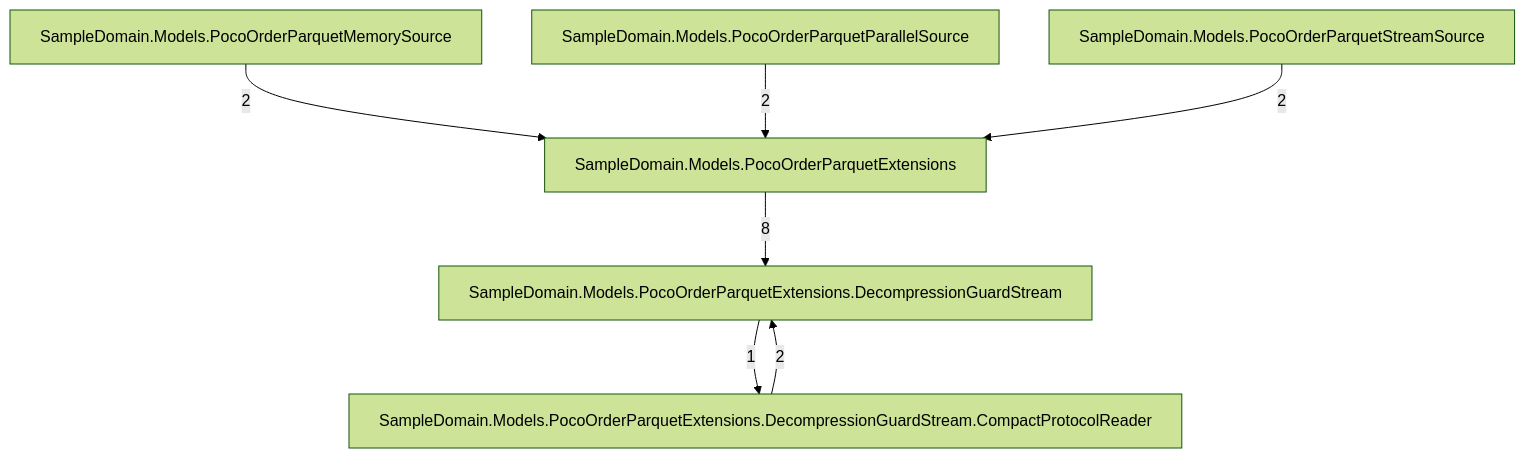
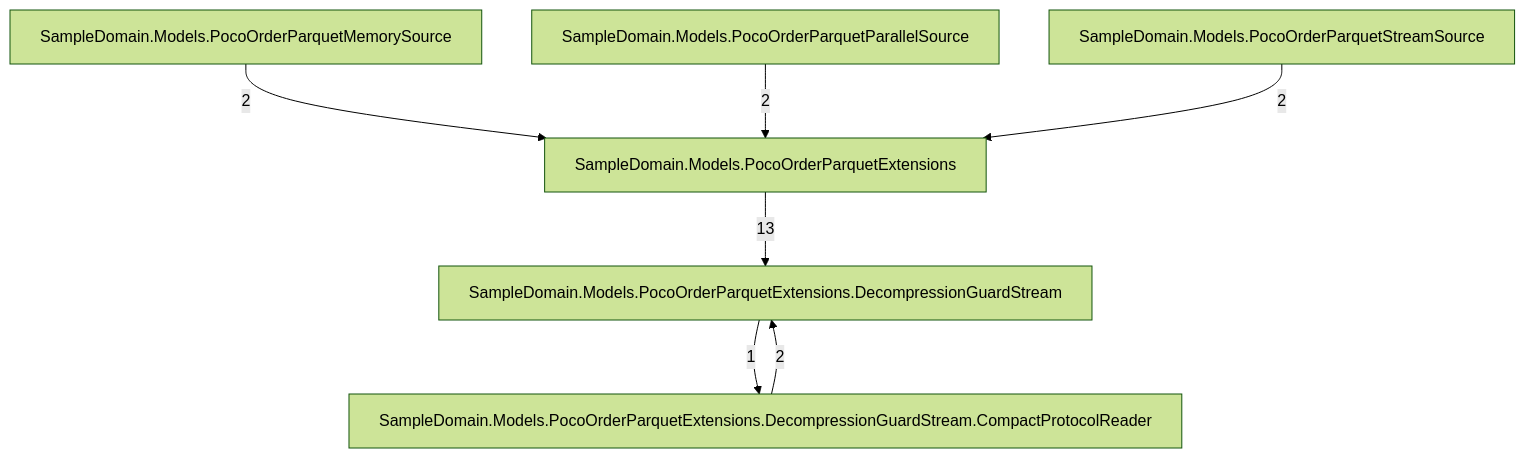
One commit to rtkelly13/Parquet.SourceGenerator changed the fifth of 7 diagrams in docs/callgraph-generated.md. Above: the diagram before and after it, drawn with Mermaid (forest theme). The commit also changed other lines of this file and 33 other files, not shown here.

````diff
--- a/docs/callgraph-generated.md
+++ b/docs/callgraph-generated.md
@@ -80,15 +80,15 @@
 ```mermaid
 graph TD
     tsampledomainmodelspocoorderparquetextensions_046["SampleDomain.Models.PocoOrderParquetExtensions"]
     tsampledomainmodelspocoorderparquetextensionsdecompressionguardstream_071["SampleDomain.Models.PocoOrderParquetExtensions.DecompressionGuardStream"]
     tsampledomainmodelspocoorderparquetextensionsdecompressionguardstreamcompactprotocolreader_093["SampleDomain.Models.PocoOrderParquetExtensions.DecompressionGuardStream.CompactProtocolReader"]
     tsampledomainmodelspocoorderparquetmemorysource_048["SampleDomain.Models.PocoOrderParquetMemorySource"]
     tsampledomainmodelspocoorderparquetparallelsource_050["SampleDomain.Models.PocoOrderParquetParallelSource"]
     tsampledomainmodelspocoorderparquetstreamsource_048["SampleDomain.Models.PocoOrderParquetStreamSource"]
     tsampledomainmodelspocoorderparquetextensionsdecompressionguardstreamcompactprotocolreader_093 -->|2| tsampledomainmodelspocoorderparquetextensionsdecompressionguardstream_071
     tsampledomainmodelspocoorderparquetextensionsdecompressionguardstream_071 -->|1| tsampledomainmodelspocoorderparquetextensionsdecompressionguardstreamcompactprotocolreader_093
-    tsampledomainmodelspocoorderparquetextensions_046 -->|8| tsampledomainmodelspocoorderparquetextensionsdecompressionguardstream_071
+    tsampledomainmodelspocoorderparquetextensions_046 -->|13| tsampledomainmodelspocoorderparquetextensionsdecompressionguardstream_071
     tsampledomainmodelspocoorderparquetmemorysource_048 -->|2| tsampledomainmodelspocoorderparquetextensions_046
     tsampledomainmodelspocoorderparquetparallelsource_050 -->|2| tsampledomainmodelspocoorderparquetextensions_046
     tsampledomainmodelspocoorderparquetstreamsource_048 -->|2| tsampledomainmodelspocoorderparquetextensions_046
 ```
````
